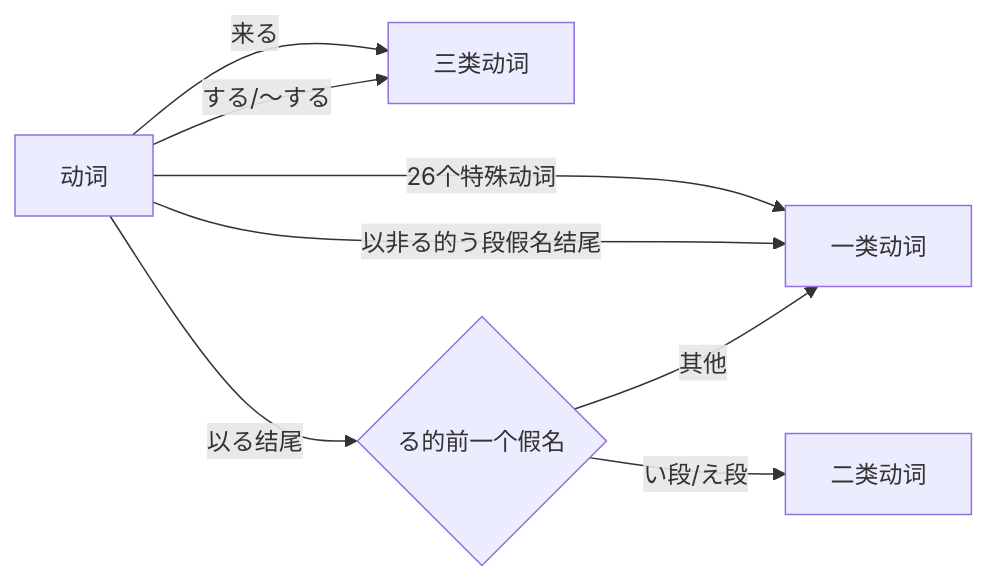
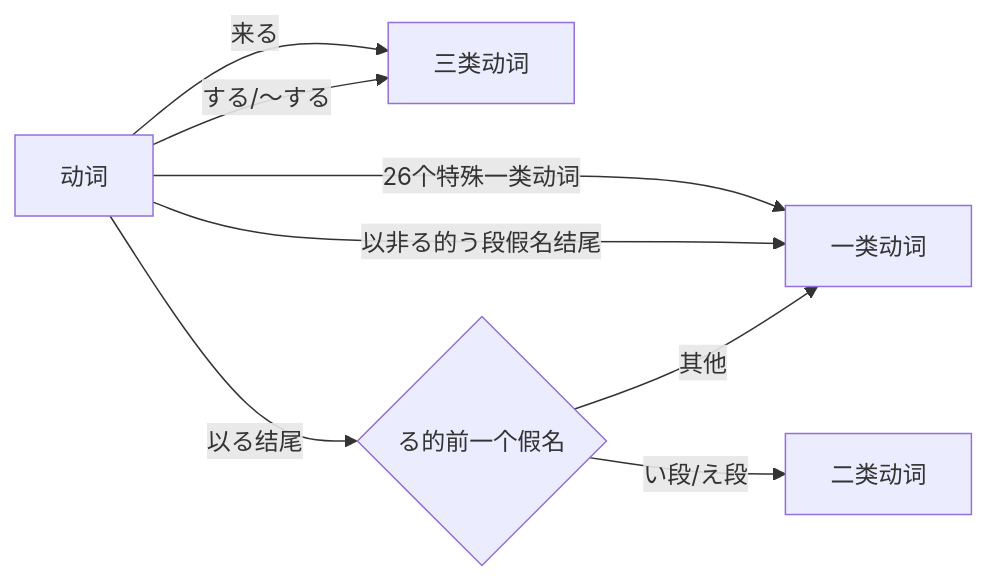
One commit to changliu0828/changliu0828.github.io changed the diagram in content/ch/post/japanese-learning-note.md. Above: the diagram before and after it, drawn with Mermaid. The commit also changed other lines of this file and 2 other files, not shown here.

```diff
--- a/content/ch/post/japanese-learning-note.md
+++ b/content/ch/post/japanese-learning-note.md
@@ -33,15 +60,15 @@
 {{< mermaid >}}
 graph LR
     A["动词"]
     B["一类动词"]
     C["二类动词"]
     D["三类动词"]
     E{"る的前一个假名"}
-    A -->|"26个特殊动词"| B
+    A -->|"26个特殊一类动词"| B
     A -->|以非る的う段假名结尾| B
     A -->|以る结尾| E
     A -->|"来る"| D
     A -->|"する/〜する"| D
     E -- "い段/え段" --> C
     E -- "其他" --> B
 {{< /mermaid >}}
```
